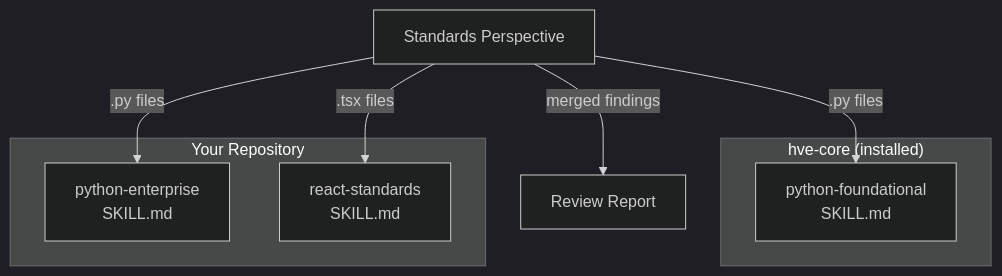
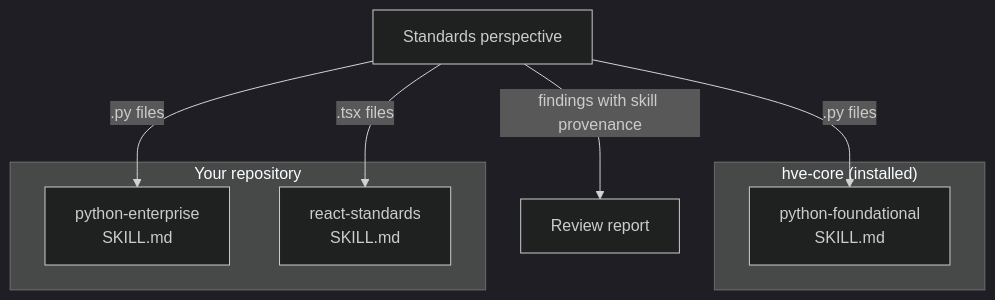
One commit to microsoft/hve-core changed the second of 2 diagrams in docs/agents/code-review/language-skills.md. Above: the diagram before and after it, drawn with Mermaid (dark theme). The commit also changed other lines of this file and 34 other files, not shown here.

First line of the commit message:
docs(docs): document the code review skills, workers, and canvas

````diff
--- a/docs/agents/code-review/language-skills.md
+++ b/docs/agents/code-review/language-skills.md
@@ -156,18 +139,18 @@
 ```mermaid
 flowchart TD
-  accTitle: Skill Stacking Architecture
-  accDescr: The Standards perspective combines installed HVE Core skills with repository-specific skills, tags each source, and merges their findings into one review report.
+  accTitle: Skill stacking
+  accDescr: The standards perspective combines installed HVE Core skills with repository-specific skills and reports findings that cite the skill that produced each one.
   subgraph "hve-core (installed)"
     A["python-foundational<br/>SKILL.md"]
   end
 
-  subgraph "Your Repository"
+  subgraph "Your repository"
     B["python-enterprise<br/>SKILL.md"]
     C["react-standards<br/>SKILL.md"]
   end
 
-  D["Standards Perspective"]
+  D["Standards perspective"]
   D -->|".py files"| A & B
   D -->|".tsx files"| C
-  D -->|"merged findings"| E["Review Report"]
+  D -->|"findings with skill provenance"| E["Review report"]
 ```
````
